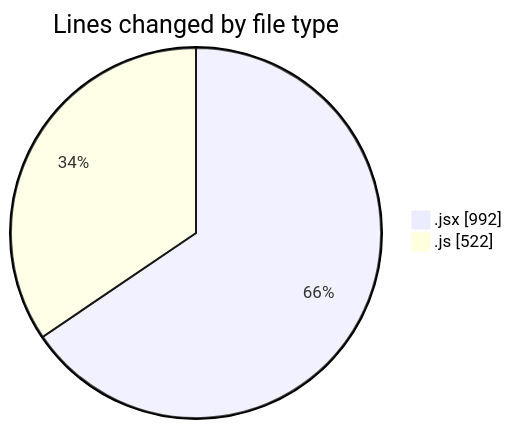
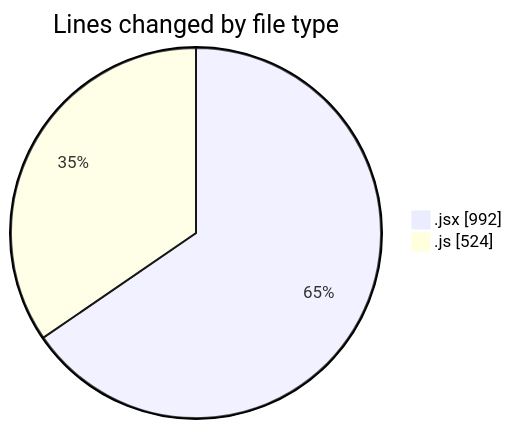
Before and after one commit to nxtqubesakshisongat/code-tracking: the first of 2 diagrams in 2025-06-30/argos/README.md, drawn with Mermaid. The commit also changed other lines of this file and 1 other file, not shown here.

````diff
--- a/2025-06-30/argos/README.md
+++ b/2025-06-30/argos/README.md
@@ -25,6 +25,6 @@
 ```mermaid
 pie showData
 title Lines changed by file type
 ".jsx" : 992
-".js" : 522
+".js" : 524
 ```
````
